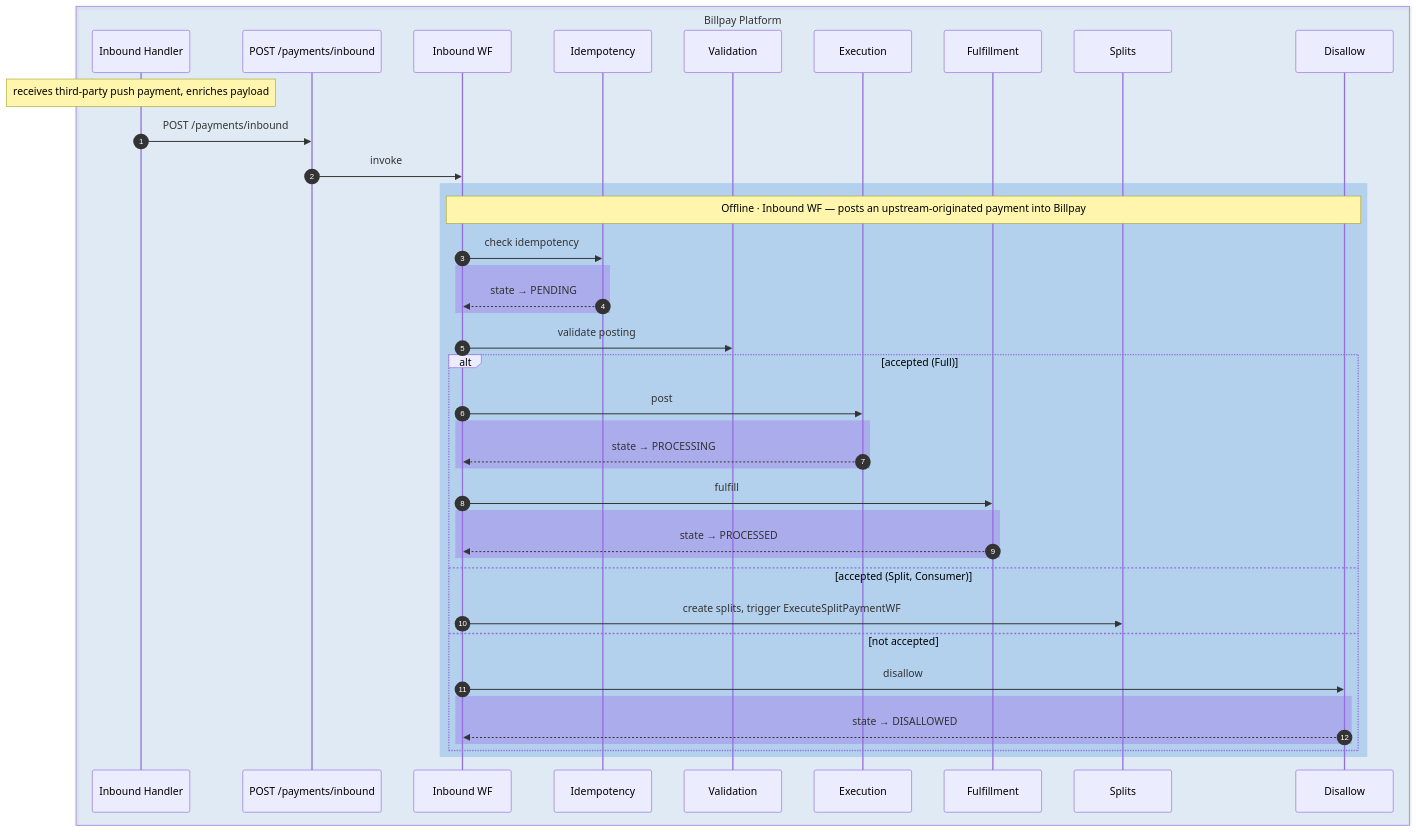
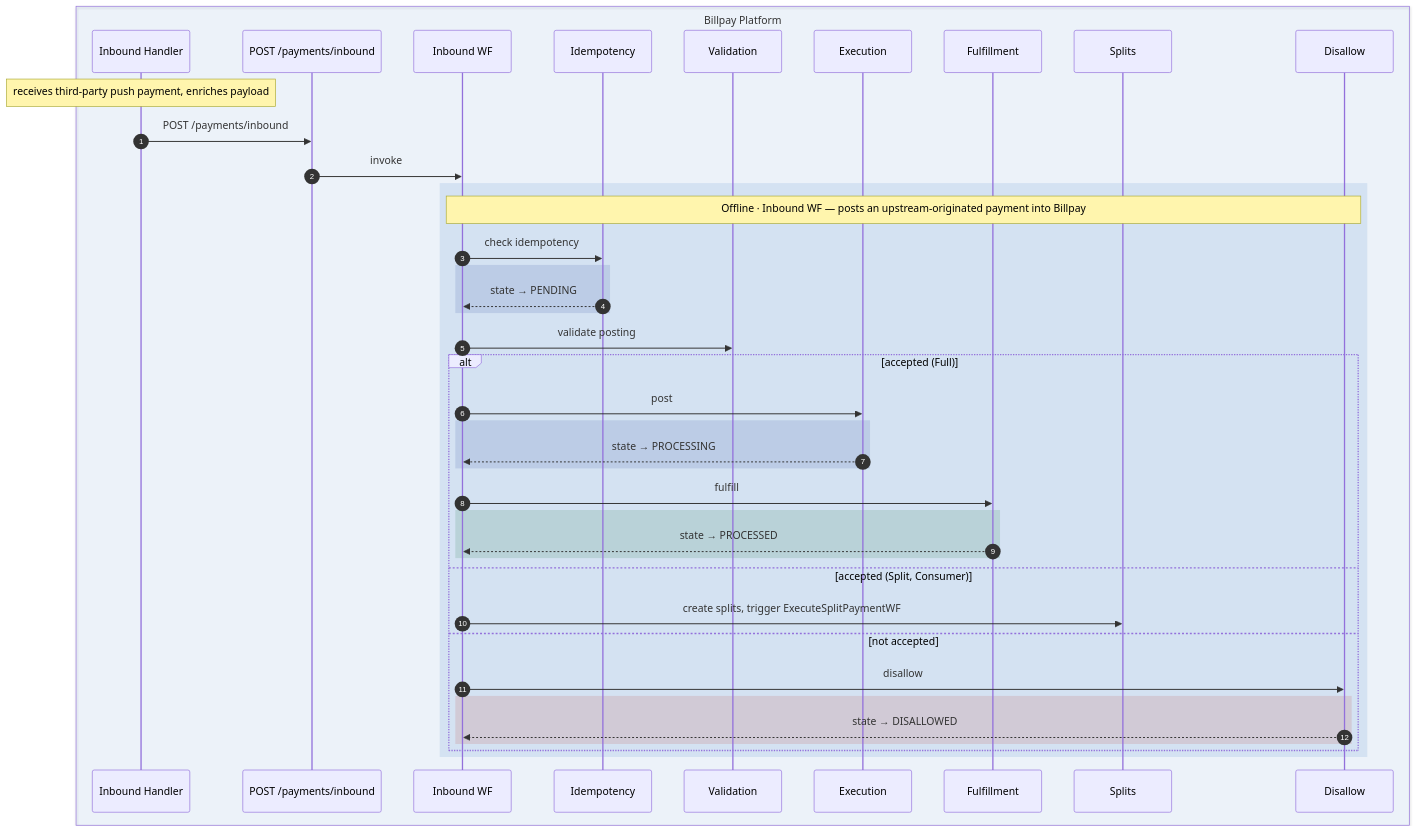
Before and after one commit to arunav-bhattacharya/billpay-book: the ninth of 12 diagrams in website/docs/design/diagrams/sequence-diagram.md, drawn with Mermaid. The commit also changed other lines of this file and 48 other files, not shown here.

````diff
--- a/website/docs/design/diagrams/sequence-diagram.md
+++ b/website/docs/design/diagrams/sequence-diagram.md
@@ -608,46 +608,46 @@
 ```mermaid
 sequenceDiagram
   autonumber
 
-  box rgba(1,111,208,0.1) Billpay Platform
+  box rgba(1,111,208,0.06) Billpay Platform
     participant UPH as Inbound Handler
     participant API as POST /payments/inbound
     participant IB as Inbound WF
     participant IDEMP as Idempotency
     participant PVP as Validation
     participant PPS as Execution
     participant PFL as Fulfillment
     participant PSC as Splits
     participant PRJ as Disallow
   end
 
   Note over UPH: receives third-party push payment, enriches payload
   UPH->>API: POST /payments/inbound
   API->>IB: invoke
 
-  rect rgba(1,111,208,0.2)
+  rect rgba(1,91,179,0.10)
     Note over IB,PRJ: Offline · Inbound WF — posts an upstream-originated payment into Billpay
     IB->>IDEMP: check idempotency
-    rect rgba(150,75,232,0.28)
+    rect rgba(52,81,158,0.15)
       IDEMP-->>IB: state → PENDING
     end
     IB->>PVP: validate posting
     alt accepted (Full)
       IB->>PPS: post
-      rect rgba(150,75,232,0.28)
+      rect rgba(52,81,158,0.15)
         PPS-->>IB: state → PROCESSING
       end
       IB->>PFL: fulfill
-      rect rgba(150,75,232,0.28)
+      rect rgba(47,125,84,0.16)
         PFL-->>IB: state → PROCESSED
       end
     else accepted (Split, Consumer)
       IB->>PSC: create splits, trigger ExecuteSplitPaymentWF
     else not accepted
       IB->>PRJ: disallow
-      rect rgba(150,75,232,0.28)
+      rect rgba(192,57,43,0.14)
         PRJ-->>IB: state → DISALLOWED
       end
     end
   end
 ```
````
